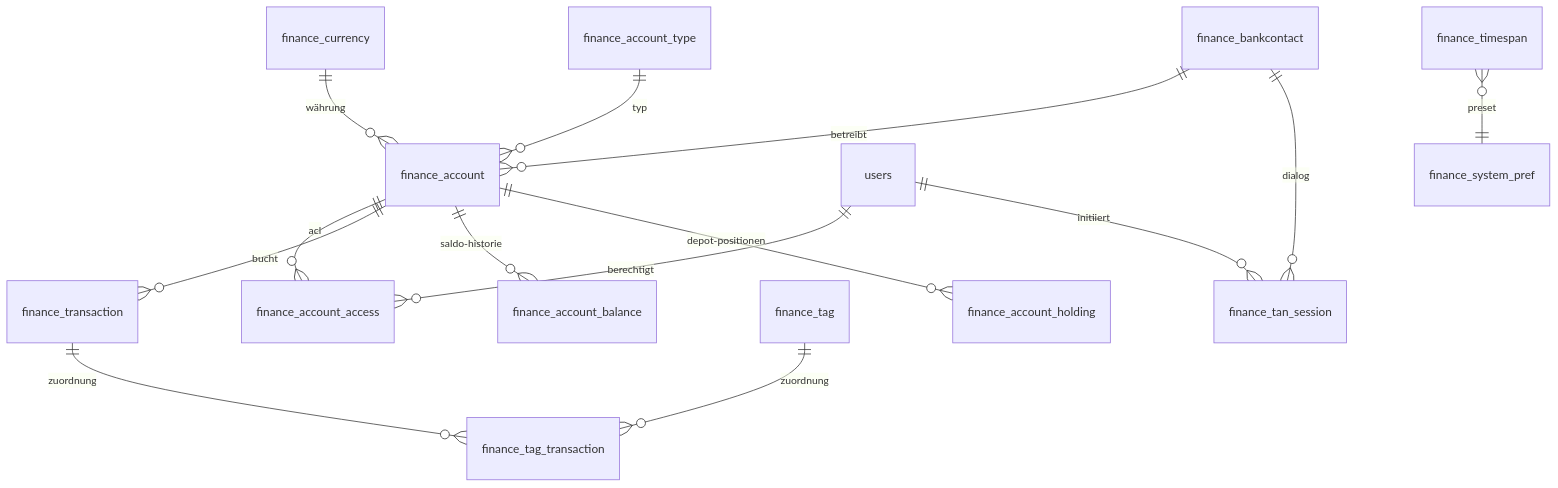
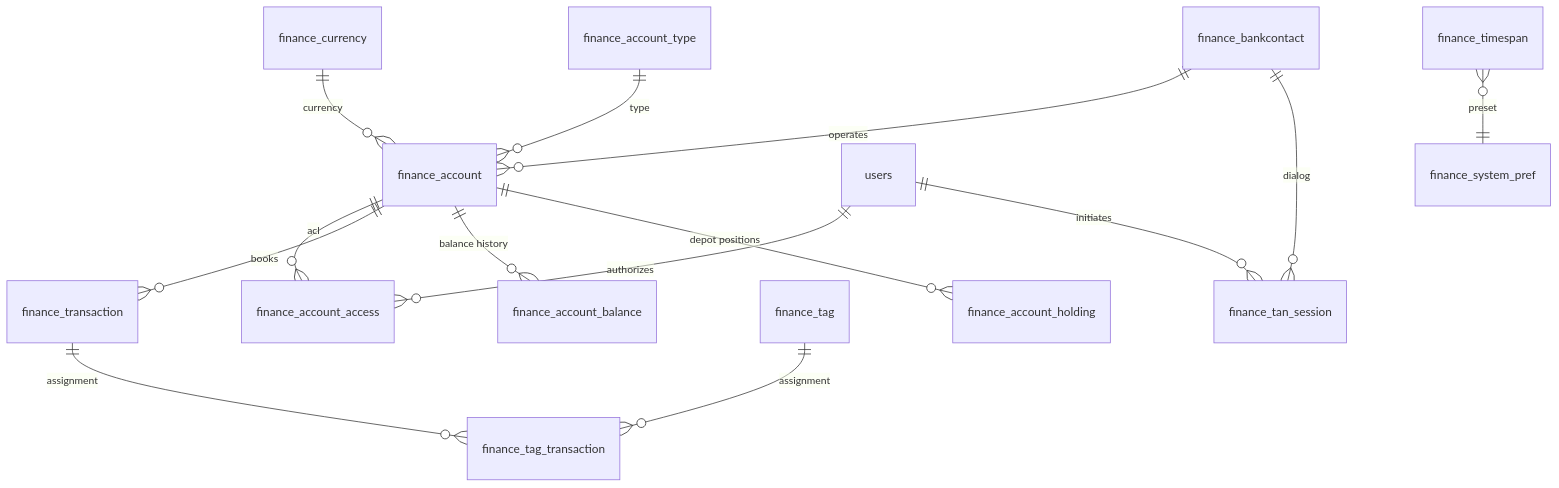
The diagram in documentation/finance-data-model.md (as19git67/fk-encore), drawn with Mermaid before and after one commit. The commit also changed other lines of this file and 35 other files, not shown here.

````diff
--- a/documentation/finance-data-model.md
+++ b/documentation/finance-data-model.md
@@ -19,16 +19,16 @@
 ```mermaid
 erDiagram
-    finance_currency ||--o{ finance_account : "währung"
-    finance_account_type ||--o{ finance_account : "typ"
-    finance_bankcontact ||--o{ finance_account : "betreibt"
+    finance_currency ||--o{ finance_account : "currency"
+    finance_account_type ||--o{ finance_account : "type"
+    finance_bankcontact ||--o{ finance_account : "operates"
     finance_account ||--o{ finance_account_access : "acl"
-    finance_account ||--o{ finance_transaction : "bucht"
-    finance_account ||--o{ finance_account_balance : "saldo-historie"
-    finance_transaction ||--o{ finance_tag_transaction : "zuordnung"
-    finance_tag ||--o{ finance_tag_transaction : "zuordnung"
-    finance_account ||--o{ finance_account_holding : "depot-positionen"
+    finance_account ||--o{ finance_transaction : "books"
+    finance_account ||--o{ finance_account_balance : "balance history"
+    finance_transaction ||--o{ finance_tag_transaction : "assignment"
+    finance_tag ||--o{ finance_tag_transaction : "assignment"
+    finance_account ||--o{ finance_account_holding : "depot positions"
     finance_bankcontact ||--o{ finance_tan_session : "dialog"
-    users ||--o{ finance_account_access : "berechtigt"
-    users ||--o{ finance_tan_session : "initiiert"
+    users ||--o{ finance_account_access : "authorizes"
+    users ||--o{ finance_tan_session : "initiates"
     finance_timespan }o--|| finance_system_pref : "preset"
 ```
````
